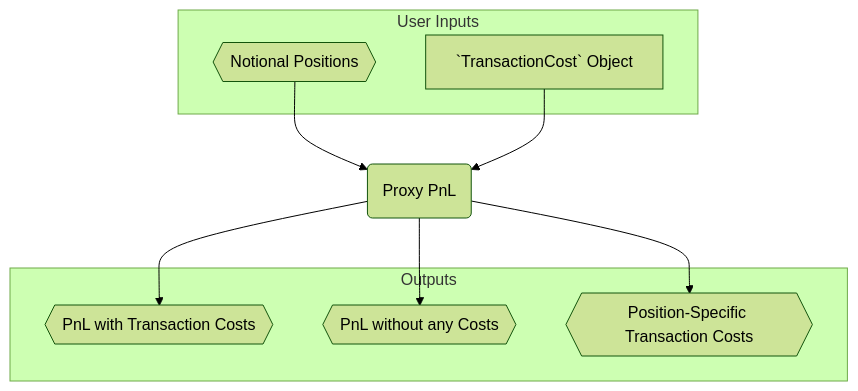
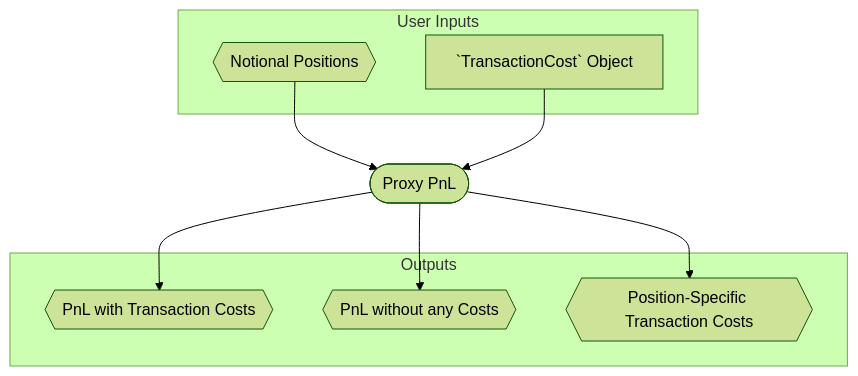
Before and after one commit to macrosynergy/macrosynergy: the fourth of 5 diagrams in macrosynergy/pnl/README.md, drawn with Mermaid (forest theme). The commit also changed other lines of this file, not shown here.

````diff
--- a/macrosynergy/pnl/README.md
+++ b/macrosynergy/pnl/README.md
@@ -128,27 +152,27 @@
 ```{mermaid}
 flowchart TD
-  PPfunc(Proxy PnL)
+  PPfunc([Proxy PnL])
   NP{{Notional Positions}}
   PNLx{{PnL with Transaction Costs}}
   PNLr{{PnL without any Costs}}
   TCS{{Position-Specific Transaction Costs}}
   TCObj[`TransactionCost` Object]
 
   subgraph PP_UINP[User Inputs]
     NP
     TCObj
   end
 
   NP --> PPfunc
   TCObj --> PPfunc
 
   subgraph OUTPUTS[Outputs]
     PNLx
     PNLr
     TCS
   end
   PPfunc --> PNLx
   PPfunc --> PNLr
   PPfunc --> TCS
 
 ```
````
